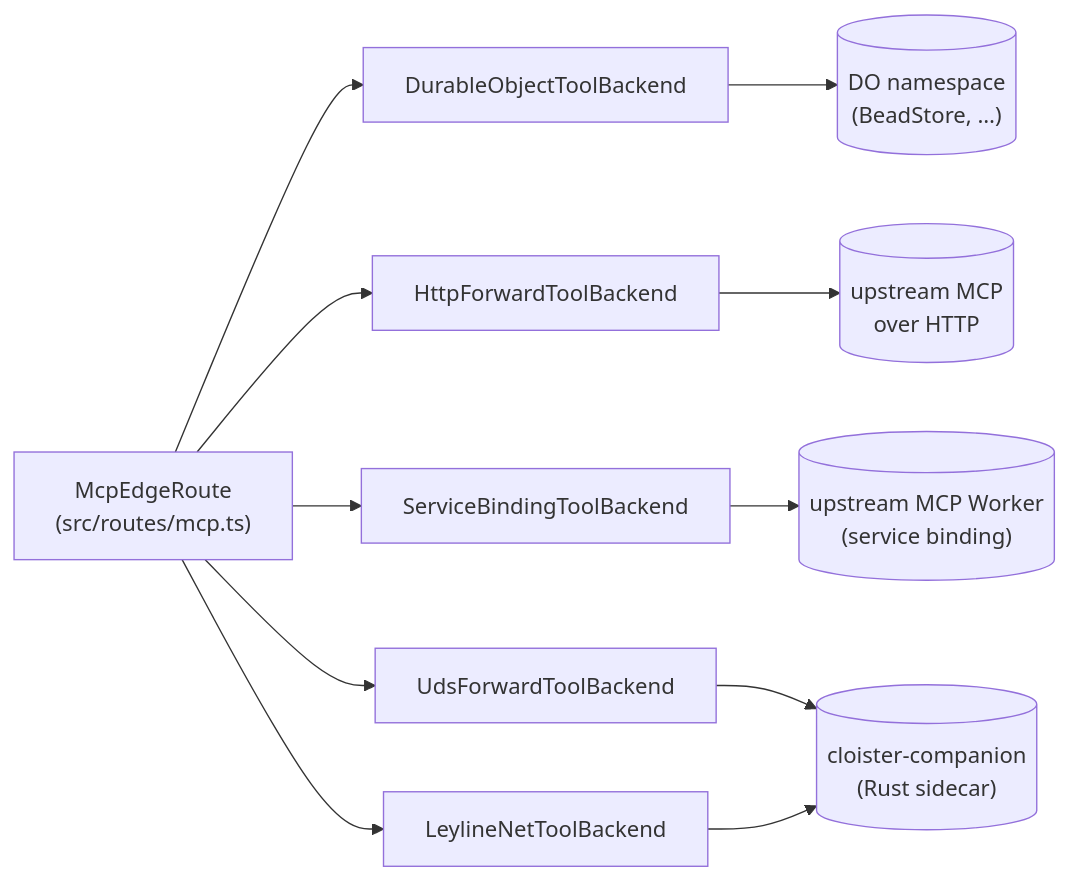
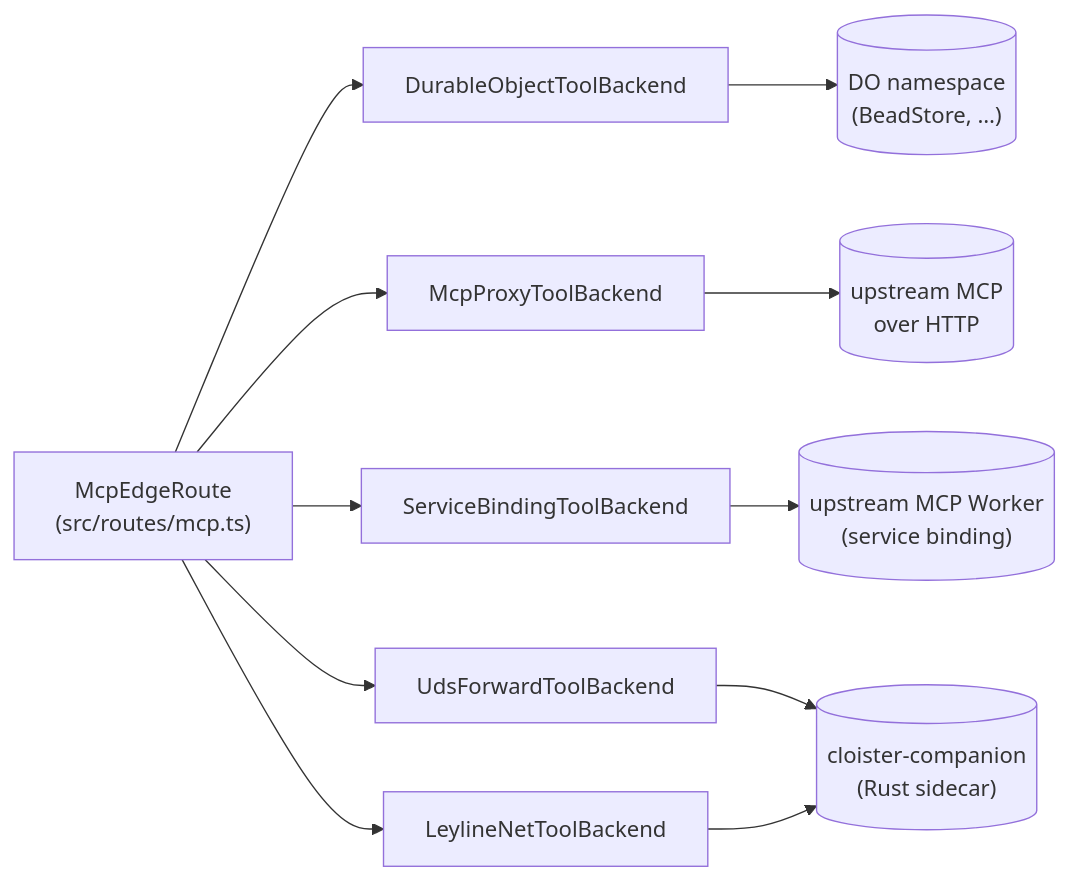
The diagram in src/manifest/backends/README.md (agentic-research/cloister), drawn with Mermaid before and after one commit. The commit also changed other lines of this file and 24 other files, not shown here.

````diff
--- a/src/manifest/backends/README.md
+++ b/src/manifest/backends/README.md
@@ -24,19 +24,19 @@
 ```mermaid
 flowchart LR
     MCP["McpEdgeRoute<br/>(src/routes/mcp.ts)"]
     DO["DurableObjectToolBackend"]
-    HTTP["HttpForwardToolBackend"]
+    HTTP["McpProxyToolBackend"]
     SVC["ServiceBindingToolBackend"]
     UDS["UdsForwardToolBackend"]
     LN["LeylineNetToolBackend"]
     DONS[("DO namespace<br/>(BeadStore, …)")]
     UPHTTP[("upstream MCP<br/>over HTTP")]
     UPSVC[("upstream MCP Worker<br/>(service binding)")]
     COMP[("cloister-companion<br/>(Rust sidecar)")]
 
     MCP --> DO --> DONS
     MCP --> HTTP --> UPHTTP
     MCP --> SVC --> UPSVC
     MCP --> UDS --> COMP
     MCP --> LN --> COMP
 ```
````
